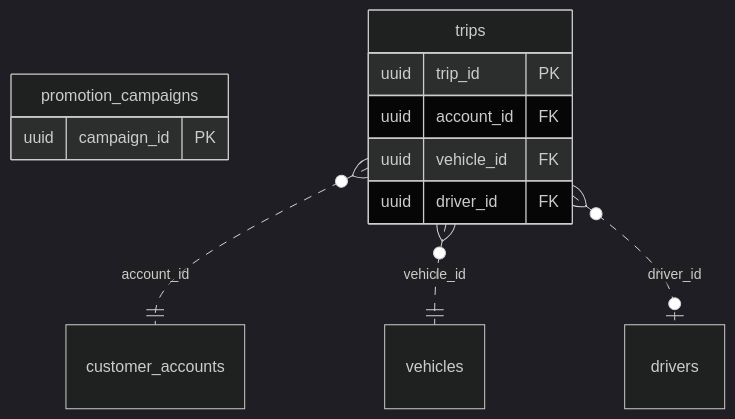
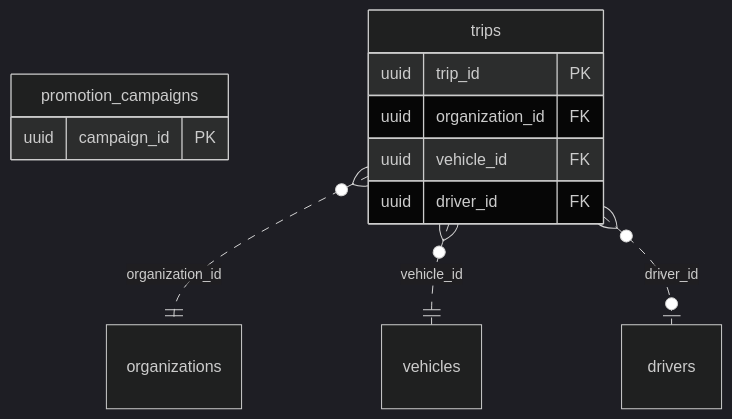
The diagram in docs/01-requirements/domain-model/domains/unassigned.md (yolo-coccoc/G3Network-app), drawn with Mermaid (dark theme) before and after one commit. The commit also changed other lines of this file and 20 other files, not shown here.

````diff
--- a/docs/01-requirements/domain-model/domains/unassigned.md
+++ b/docs/01-requirements/domain-model/domains/unassigned.md
@@ -13,15 +13,15 @@
 ```mermaid
 erDiagram
   promotion_campaigns {
     uuid campaign_id PK
   }
   trips {
     uuid trip_id PK
-    uuid account_id FK
+    uuid organization_id FK
     uuid vehicle_id FK
     uuid driver_id FK
   }
-  trips }o..|| customer_accounts : "account_id"
+  trips }o..|| organizations : "organization_id"
   trips }o..|| vehicles : "vehicle_id"
   trips }o..o| drivers : "driver_id"
 ```
````
